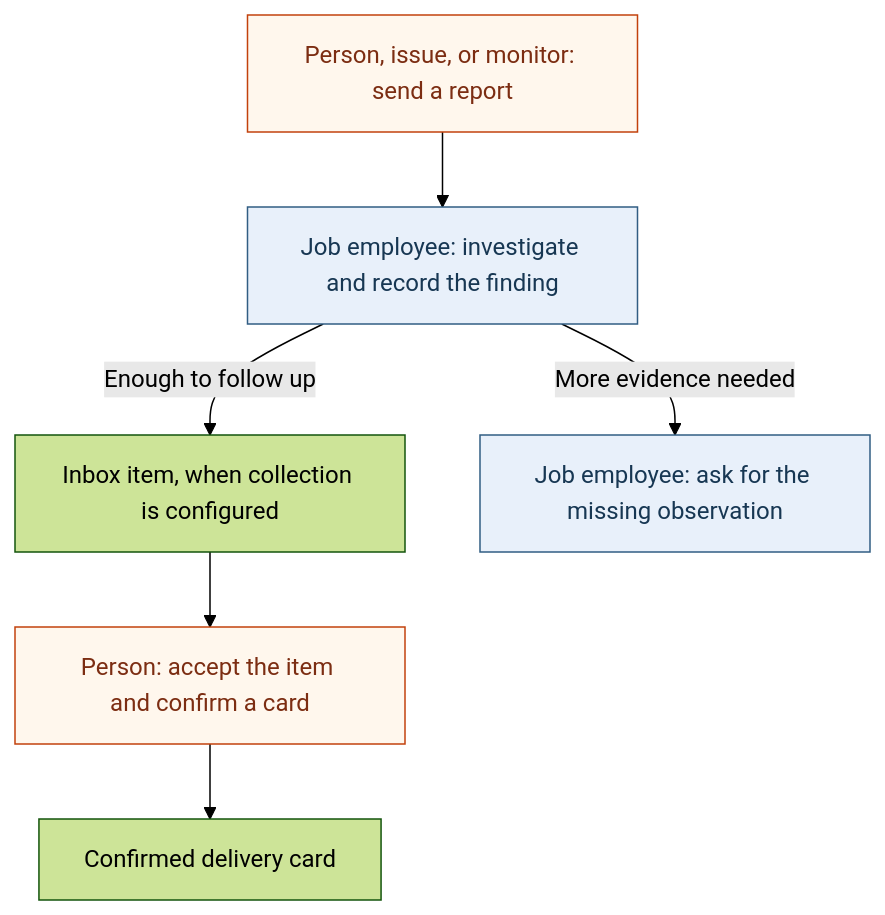
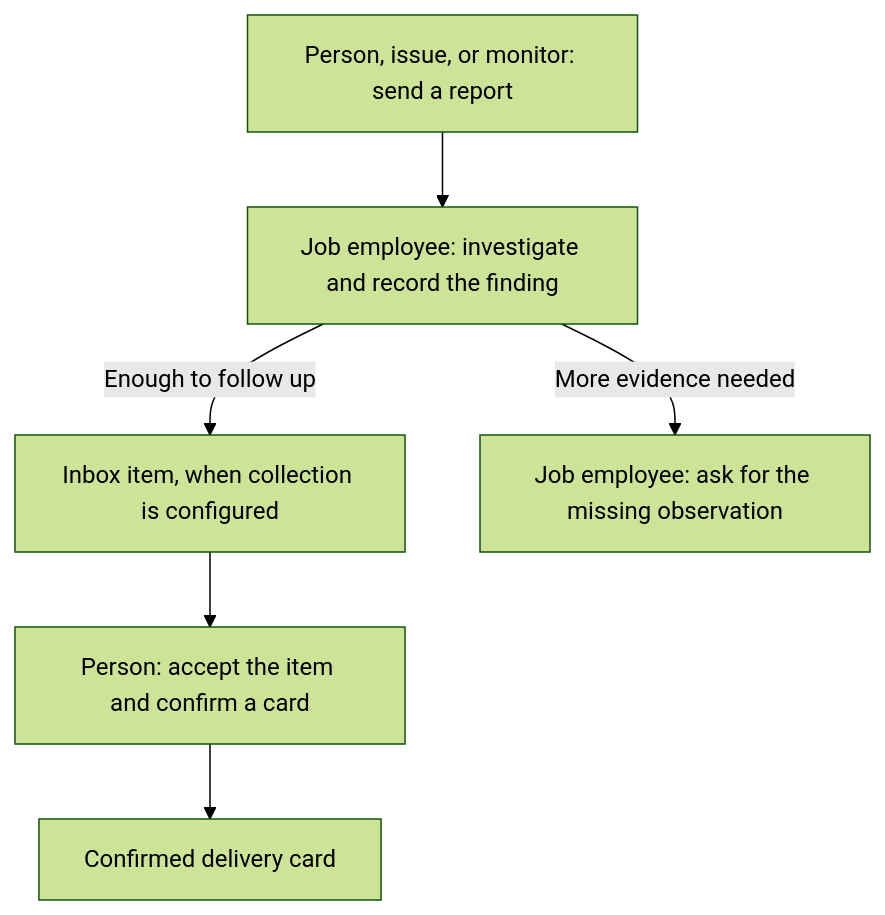
Before and after one commit to WeiJiLab/aiworkforce-docs: the diagram in src/content/docs/software-factory/signal-to-card.mdx, drawn with Mermaid (forest theme). The commit also changed 9 other files, not shown here.

Commit message:
style: align Mermaid diagrams with the docs theme

````diff
--- a/src/content/docs/software-factory/signal-to-card.mdx
+++ b/src/content/docs/software-factory/signal-to-card.mdx
@@ -18,12 +18,10 @@
 ```mermaid
 flowchart TD
     feedback["Person, issue, or monitor: send a report"] --> triager["Job employee: investigate and record the finding"]
     triager -->|Enough to follow up| inbox["Inbox item, when collection is configured"]
     inbox --> request["Person: accept the item and confirm a card"]
     request --> ticket["Confirmed delivery card"]
     triager -->|More evidence needed| answer["Job employee: ask for the missing observation"]
-    classDef human fill:#fff7ed,stroke:#c2410c,color:#7c2d12
-    classDef agent fill:#e8f0fa,stroke:#315d83,color:#173753
     class feedback,request human
     class triager,answer agent
 ```
````
